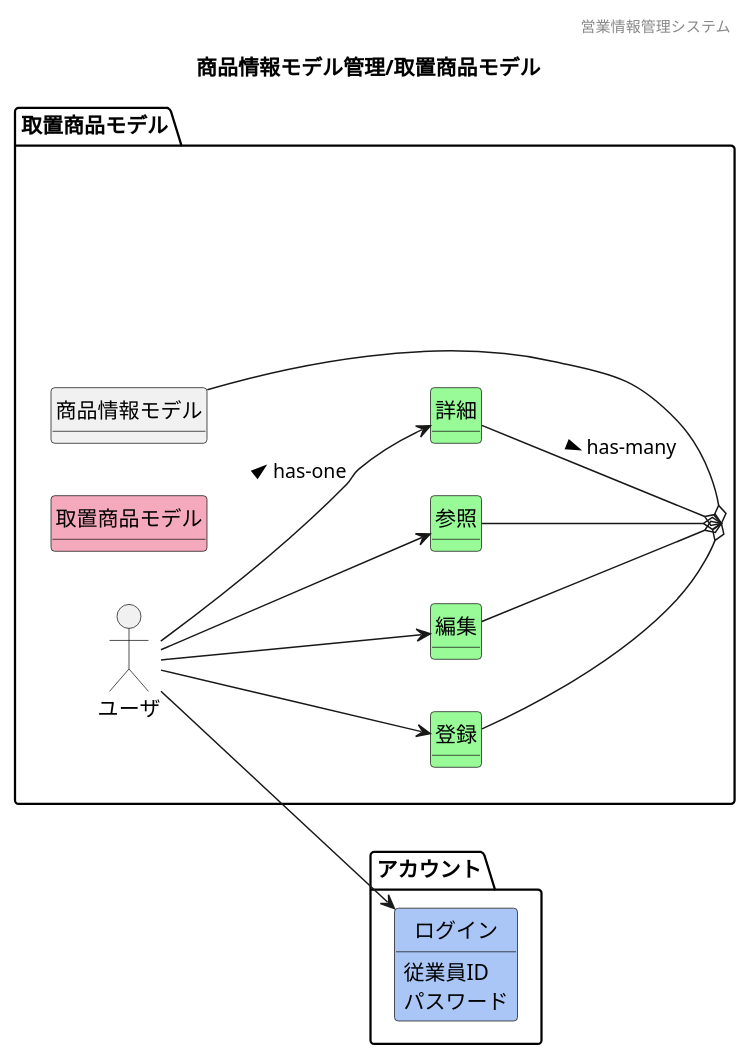
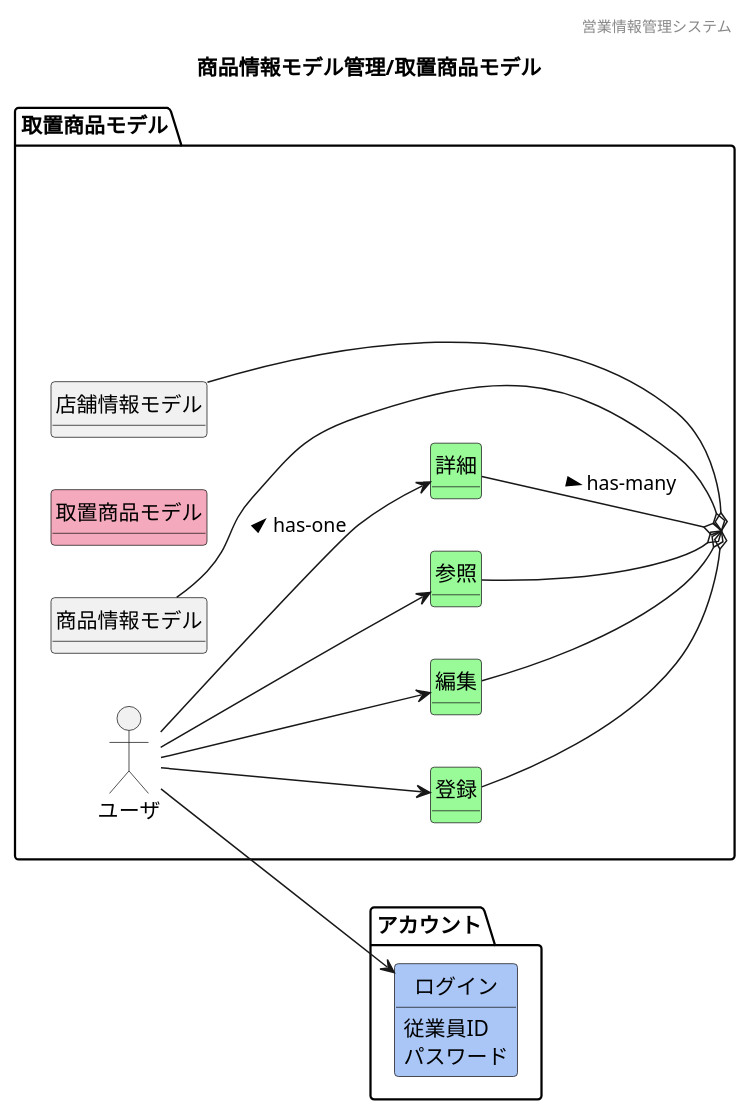
One commit to HaruShim/Sotuken changed the diagram in 各種設計書/1ドメインモデル図/商品情報管理/F09取置予約.plantuml. Above: the diagram before and after it, drawn with PlantUML. The commit also changed 11 other files, not shown here.

```diff
--- a/各種設計書/1ドメインモデル図/商品情報管理/F09取置予約.plantuml
+++ b/各種設計書/1ドメインモデル図/商品情報管理/F09取置予約.plantuml
@@ -1,69 +1,72 @@
 @startuml ../images/商品情報モデル管理/取置商品モデル
 ' ヘッダー
 header 営業情報管理システム
 ' タイトル
 title 商品情報モデル管理/取置商品モデル
 ' 
 hide circle
 ' 
 hide method
 left to right direction
 
 package "アカウント"{
     class "ログイン" #A9C6F6
 
 }
 
 package "取置商品モデル" {
     'ユーザや外部システム
     mix_actor "ユーザ"
     class "登録" #98fb98
     class "編集" #98fb98
     class "参照" #98fb98
     class "詳細" #98fb98
     class "取置商品モデル" #F5A9BC
     class "商品情報モデル"
+    class "店舗情報モデル"
 }
     ' package "マスタ管理"{
     '     ' package ""{}
     '     ' package ""{}
     '     ' package ""{}
     '     }
 
     'モデル同士の関係
     ユーザ --> 参照
     ユーザ --> 登録
     ユーザ --> 編集
     ユーザ --> 詳細 : > has-one
     ユーザ --> ログイン
     参照 --o 取置商品モデル
     登録 --o 取置商品モデル
     編集 --o 取置商品モデル
     詳細 --o 取置商品モデル : > has-many
     取置商品モデル o-- 商品情報モデル
+    取置商品モデル o-- 店舗情報モデル
+    
     ' 取置商品モデル -down- マスタ管理
 
     'ドメインクラスの属性
-    取置商品モデル : 取置商品ID[FK]
-    取置商品モデル : 商品コード
+    取置商品モデル : 取置商品ID
+    取置商品モデル : 商品コード[FK]
     取置商品モデル : 店舗ID[FK]
     取置商品モデル : 予約者氏名
     取置商品モデル : 連絡先
     取置商品モデル : 予約日時
     取置商品モデル : 最終更新日時
 
 
     ' 商品情報モデル : 型番
     ' 商品情報モデル : 商品コード
     ' 商品情報モデル : JANコード
     ' 商品情報モデル : 商品画像
     ' 商品情報モデル : 在庫場所
     ' 商品情報モデル : カテゴリ
     ' 商品情報モデル : 仕入価格
     ログイン : 従業員ID
     ログイン : パスワード
 
 
 
 
 @enduml
```
